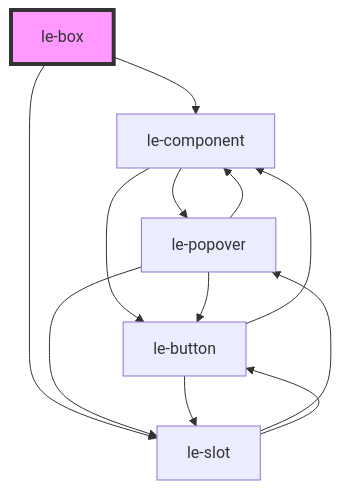
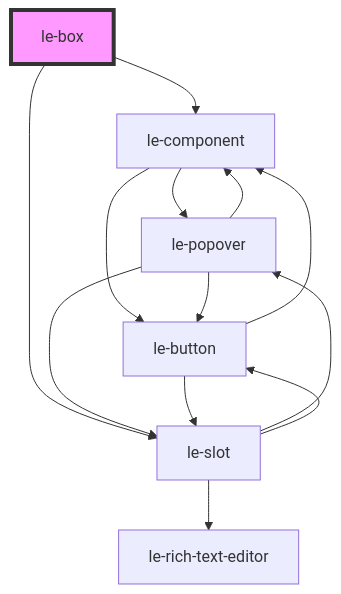
The diagram in src/components/le-box/readme.md (leechy/le-kit), drawn with Mermaid before and after one commit. The commit also changed 16 other files, not shown here.

First line of the commit message:
feat: Add le-rich-text-editor component with block-level editing

````diff
--- a/src/components/le-box/readme.md
+++ b/src/components/le-box/readme.md
@@ -64,15 +64,16 @@
 ```mermaid
 graph TD;
   le-box --> le-component
   le-box --> le-slot
   le-component --> le-popover
   le-component --> le-button
   le-popover --> le-button
   le-popover --> le-component
   le-popover --> le-slot
   le-button --> le-component
   le-button --> le-slot
   le-slot --> le-popover
   le-slot --> le-button
+  le-slot --> le-rich-text-editor
   style le-box fill:#f9f,stroke:#333,stroke-width:4px
 ```
````
